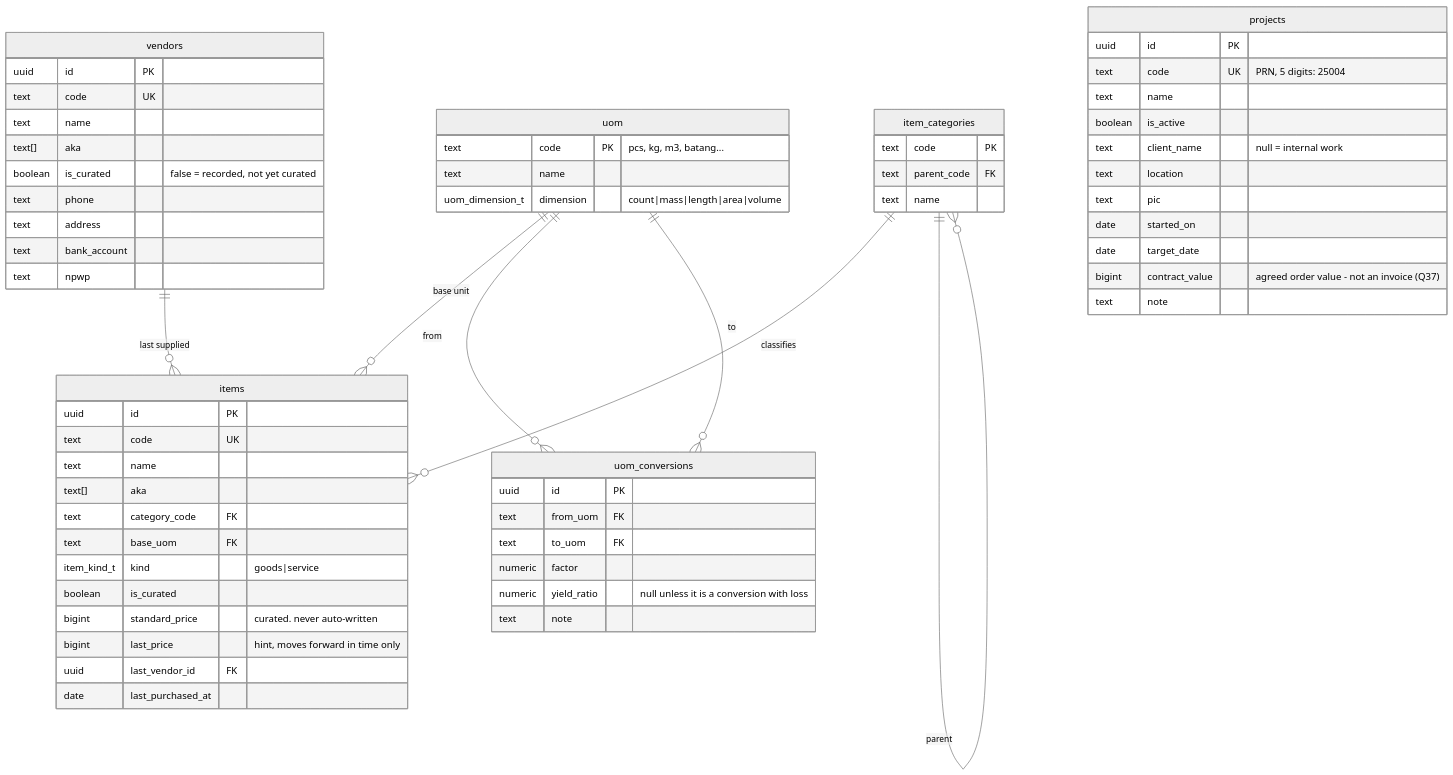
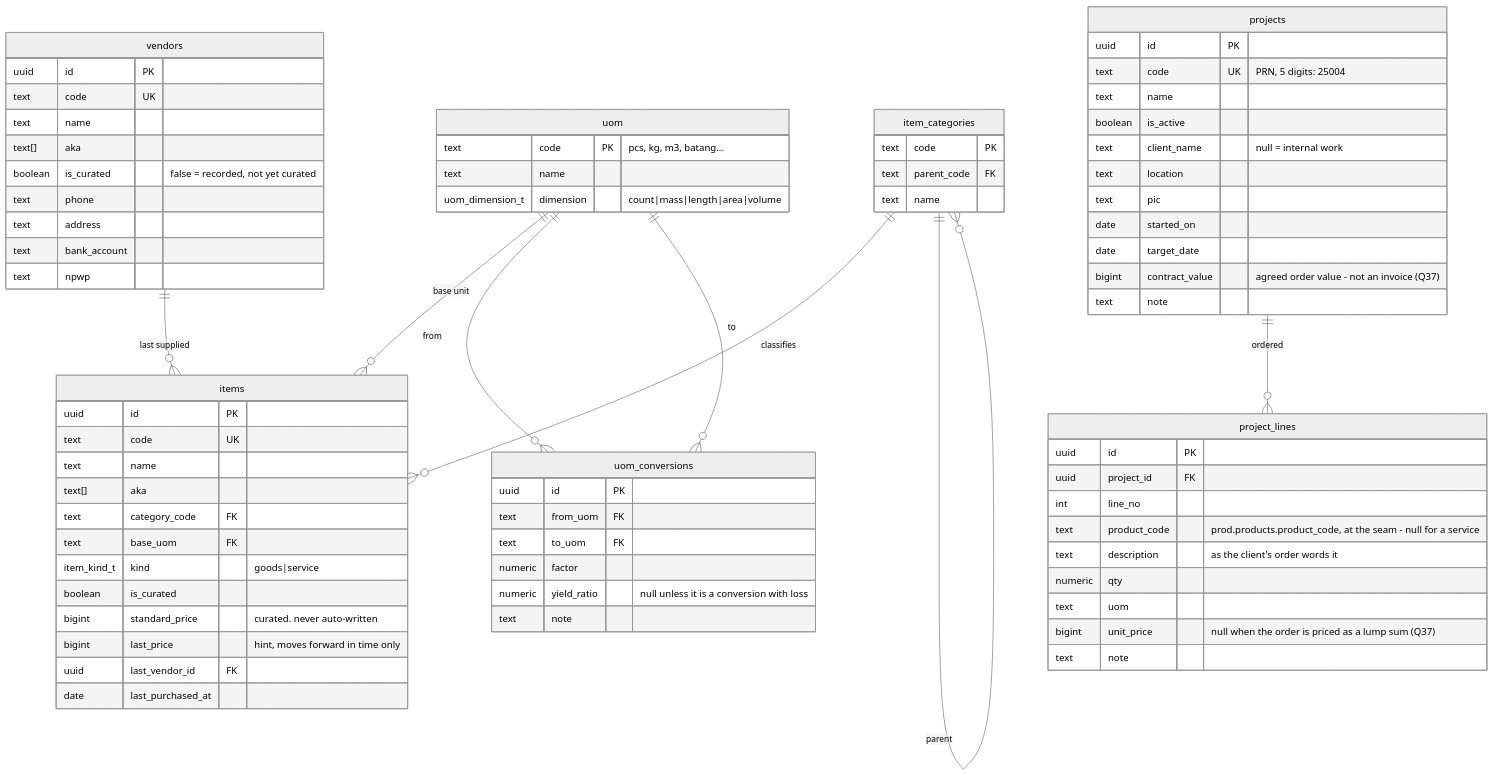
The second of 8 diagrams in docs/plan/02-database.md (talait/ops-talaliving), drawn with Mermaid (neutral theme) before and after one commit. The commit also changed other lines of this file and 21 other files, not shown here.

````diff
--- a/docs/plan/02-database.md
+++ b/docs/plan/02-database.md
@@ -518,66 +518,78 @@
 ```mermaid
 erDiagram
     vendors ||--o{ items : "last supplied"
     item_categories ||--o{ items : "classifies"
     item_categories ||--o{ item_categories : "parent"
     uom ||--o{ items : "base unit"
     uom ||--o{ uom_conversions : "from"
     uom ||--o{ uom_conversions : "to"
 
     vendors {
         uuid id PK
         text code UK
         text name
         text[] aka
         boolean is_curated "false = recorded, not yet curated"
         text phone
         text address
         text bank_account
         text npwp
     }
     item_categories {
         text code PK
         text parent_code FK
         text name
     }
     items {
         uuid id PK
         text code UK
         text name
         text[] aka
         text category_code FK
         text base_uom FK
         item_kind_t kind "goods|service"
         boolean is_curated
         bigint standard_price "curated. never auto-written"
         bigint last_price "hint, moves forward in time only"
         uuid last_vendor_id FK
         date last_purchased_at
     }
     uom {
         text code PK "pcs, kg, m3, batang..."
         text name
         uom_dimension_t dimension "count|mass|length|area|volume"
     }
     uom_conversions {
         uuid id PK
         text from_uom FK
         text to_uom FK
         numeric factor
         numeric yield_ratio "null unless it is a conversion with loss"
         text note
     }
+    projects ||--o{ project_lines : "ordered"
+    project_lines {
+        uuid id PK
+        uuid project_id FK
+        int line_no
+        text product_code "prod.products.product_code, at the seam - null for a service"
+        text description "as the client's order words it"
+        numeric qty
+        text uom
+        bigint unit_price "null when the order is priced as a lump sum (Q37)"
+        text note
+    }
     projects {
         uuid id PK
         text code UK "PRN, 5 digits: 25004"
         text name
         boolean is_active
         text client_name "null = internal work"
         text location
         text pic
         date started_on
         date target_date
         bigint contract_value "agreed order value - not an invoice (Q37)"
         text note
     }
 ```
````
